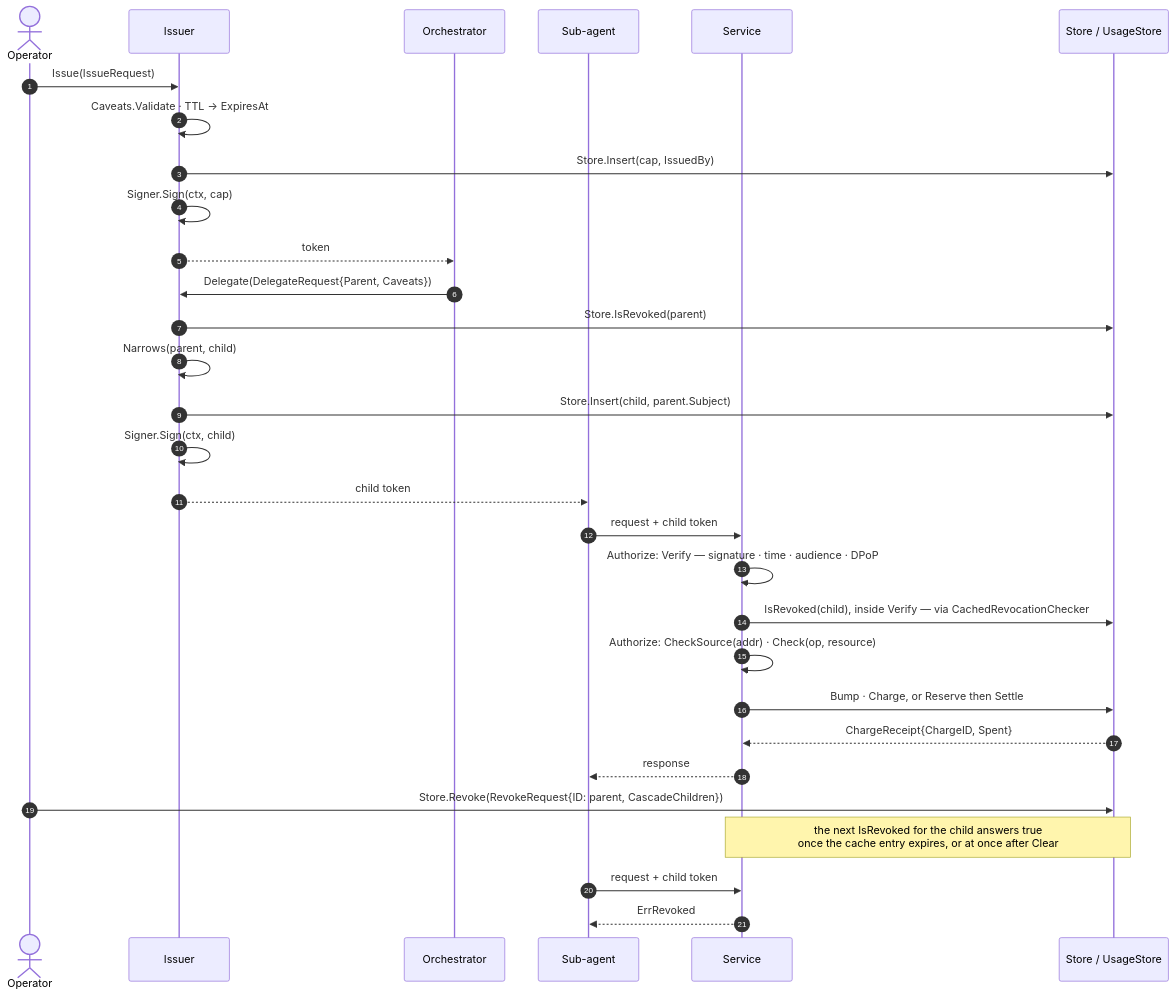
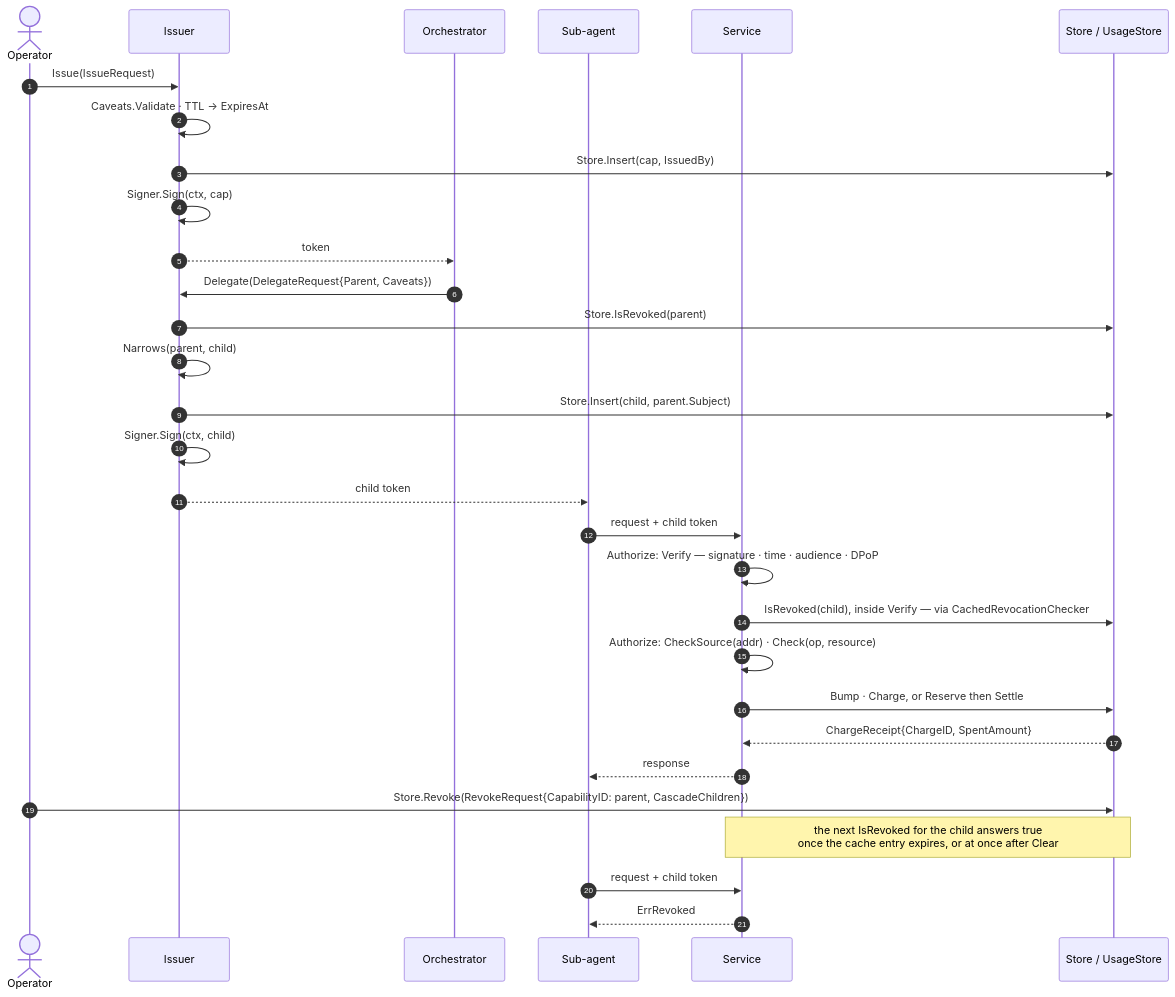
One commit to oleg-tkachuk/limes changed the second of 11 diagrams in docs/diagrams.md. Above: the diagram before and after it, drawn with Mermaid. The commit also changed other lines of this file and 2 other files, not shown here.

````diff
--- a/docs/diagrams.md
+++ b/docs/diagrams.md
@@ -114,36 +114,36 @@
 ```mermaid
 sequenceDiagram
     autonumber
     actor Op as Operator
     participant I as Issuer
     participant O as Orchestrator
     participant W as Sub-agent
     participant S as Service
     participant St as Store / UsageStore
 
     Op->>I: Issue(IssueRequest)
     I->>I: Caveats.Validate · TTL → ExpiresAt
     I->>St: Store.Insert(cap, IssuedBy)
     I->>I: Signer.Sign(ctx, cap)
     I-->>O: token
 
     O->>I: Delegate(DelegateRequest{Parent, Caveats})
     I->>St: Store.IsRevoked(parent)
     I->>I: Narrows(parent, child)
     I->>St: Store.Insert(child, parent.Subject)
     I->>I: Signer.Sign(ctx, child)
     I-->>W: child token
 
     W->>S: request + child token
     S->>S: Authorize: Verify — signature · time · audience · DPoP
     S->>St: IsRevoked(child), inside Verify — via CachedRevocationChecker
     S->>S: Authorize: CheckSource(addr) · Check(op, resource)
     S->>St: Bump · Charge, or Reserve then Settle
-    St-->>S: ChargeReceipt{ChargeID, Spent}
+    St-->>S: ChargeReceipt{ChargeID, SpentAmount}
     S-->>W: response
 
-    Op->>St: Store.Revoke(RevokeRequest{ID: parent, CascadeChildren})
+    Op->>St: Store.Revoke(RevokeRequest{CapabilityID: parent, CascadeChildren})
     Note over S,St: the next IsRevoked for the child answers true<br/>once the cache entry expires, or at once after Clear
     W->>S: request + child token
     S-->>W: ErrRevoked
 ```
````
